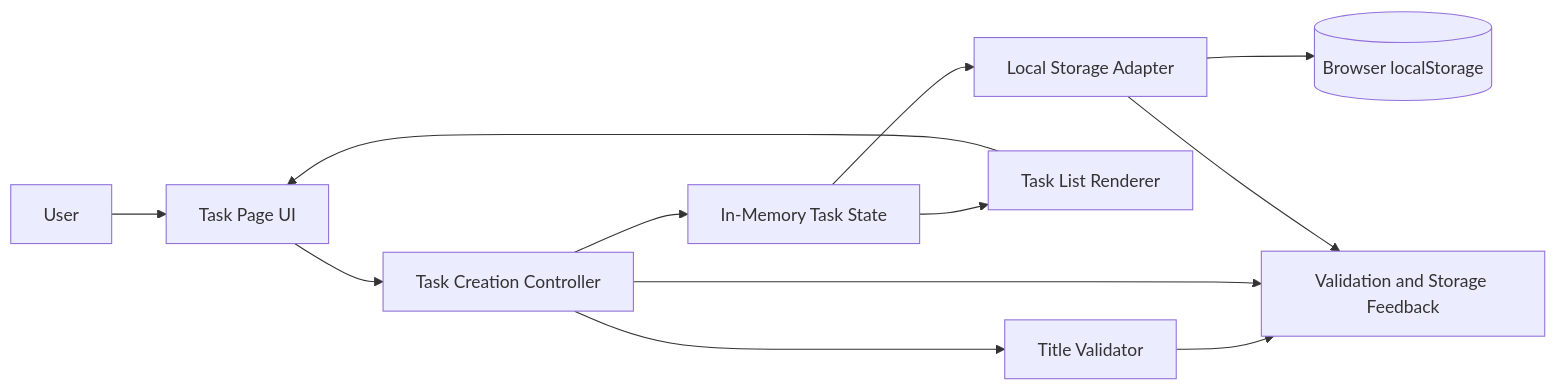
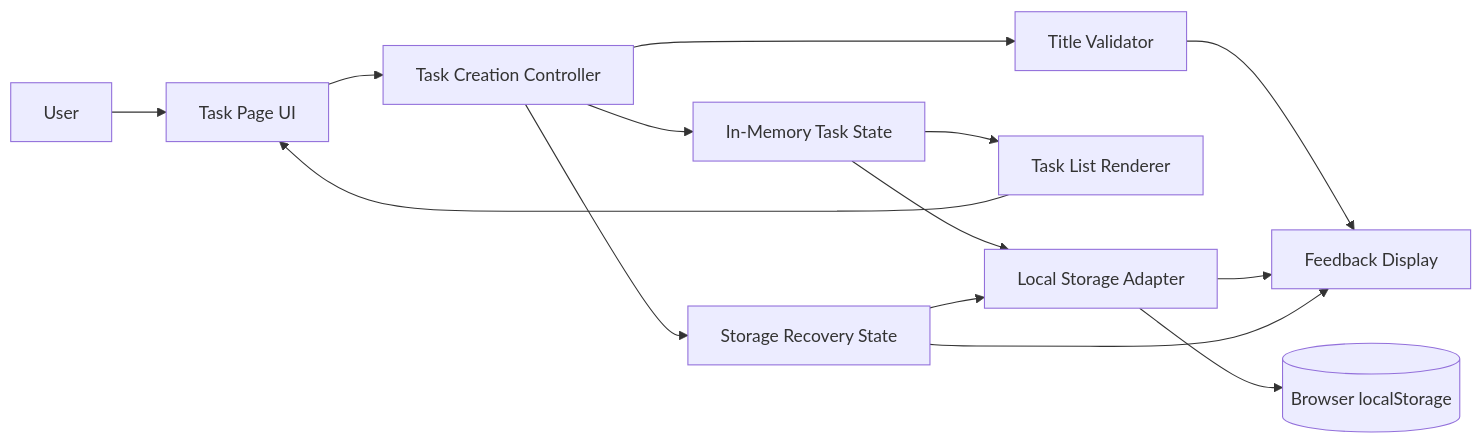
The first of 2 diagrams in docs/architecture.md (Manoj-A-Anandan/GitHub-Copilot-Capstone), drawn with Mermaid before and after one commit. The commit also changed other lines of this file and 2 other files, not shown here.

Commit message:
docs(design): approve architecture v3 and design review

````diff
--- a/docs/architecture.md
+++ b/docs/architecture.md
@@ -26,14 +27,16 @@
 ```mermaid
 flowchart LR
   User[User] --> UI[Task Page UI]
   UI --> Controller[Task Creation Controller]
   Controller --> Validator[Title Validator]
+  Controller --> Recovery[Storage Recovery State]
   Controller --> State[In-Memory Task State]
   State --> Renderer[Task List Renderer]
   State --> Storage[Local Storage Adapter]
   Storage --> Browser[(Browser localStorage)]
-  Validator --> Feedback[Validation and Storage Feedback]
-  Controller --> Feedback
+  Recovery --> Storage
+  Validator --> Feedback[Feedback Display]
   Storage --> Feedback
+  Recovery --> Feedback
   Renderer --> UI
 ```
````
